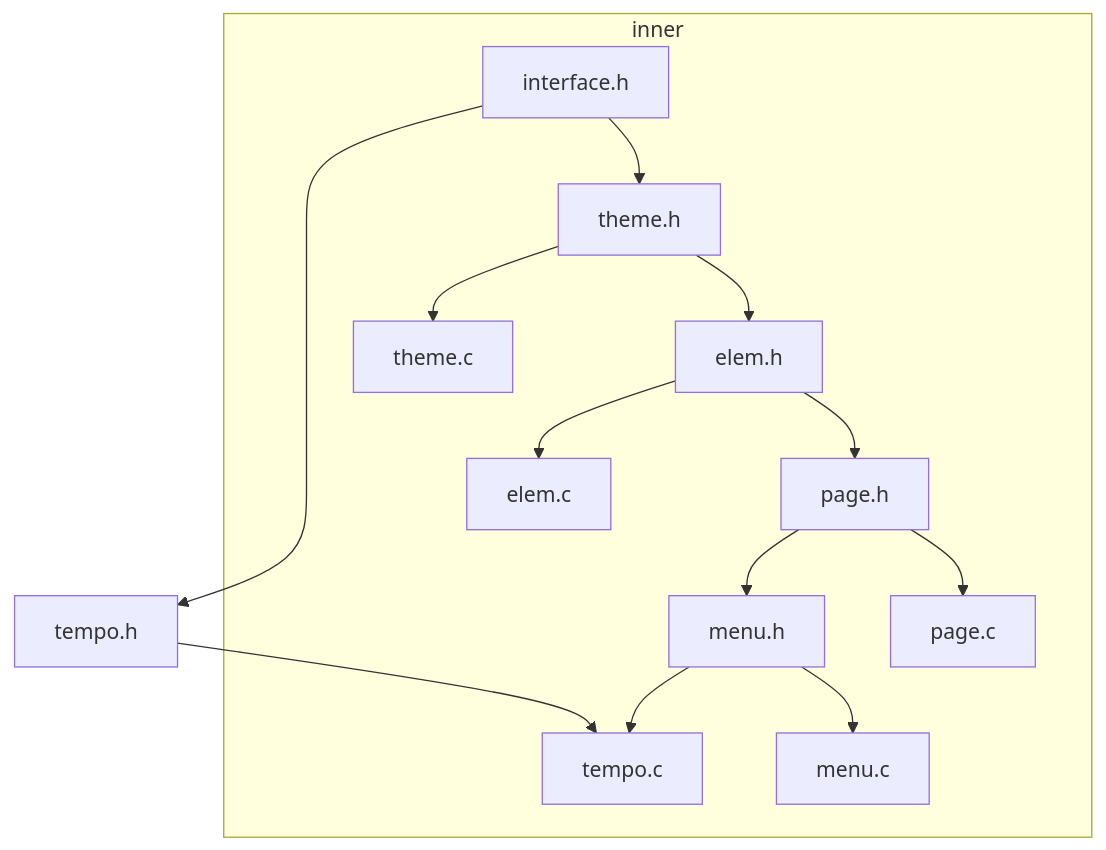
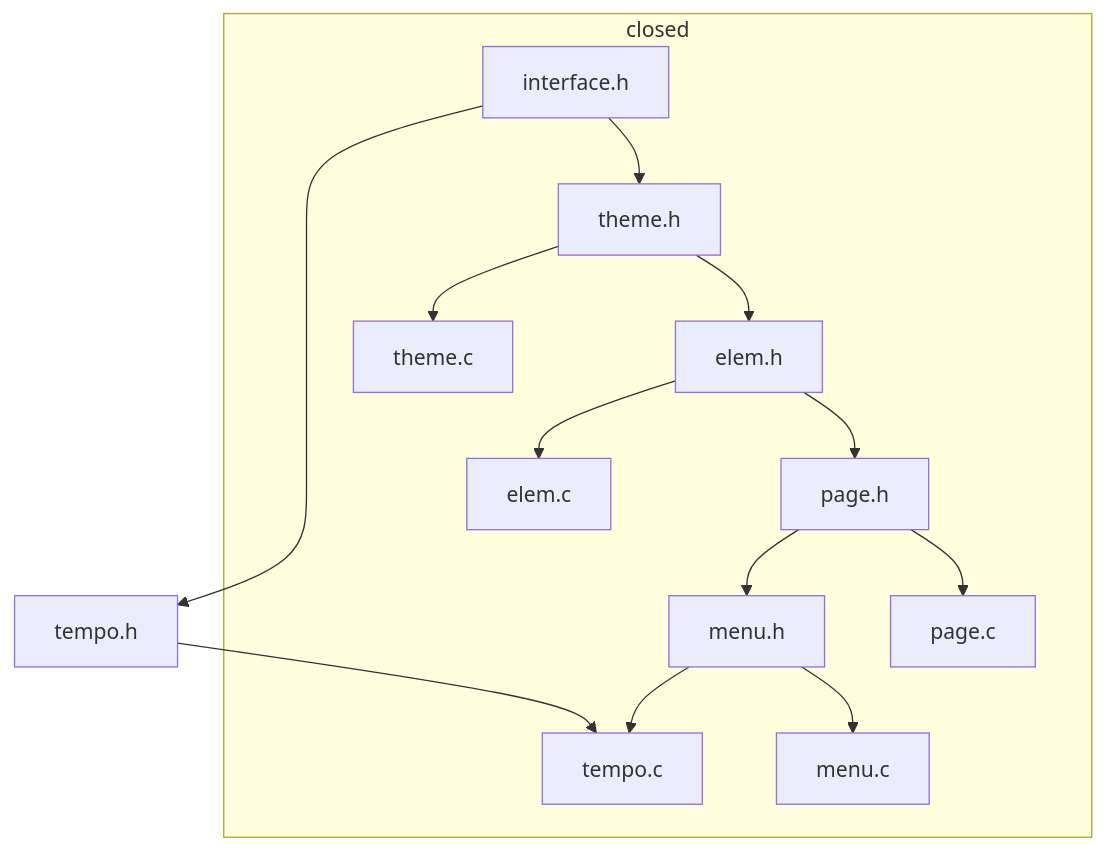
One commit to ShilianShen/Jasmin changed the diagram in src/outer/tempo/README.md. Above: the diagram before and after it, drawn with Mermaid. The commit also changed 7 other files, not shown here.

````diff
--- a/src/outer/tempo/README.md
+++ b/src/outer/tempo/README.md
@@ -2,11 +2,11 @@
 ```mermaid
 flowchart
-    subgraph inner
+    subgraph closed
         interface.h --> theme.h --> elem.h --> page.h --> menu.h --> tempo.c
         theme.h --> theme.c
         elem.h --> elem.c
         page.h --> page.c
         menu.h --> menu.c
     end
     interface.h --> tempo.h --> tempo.c
 ```
````
